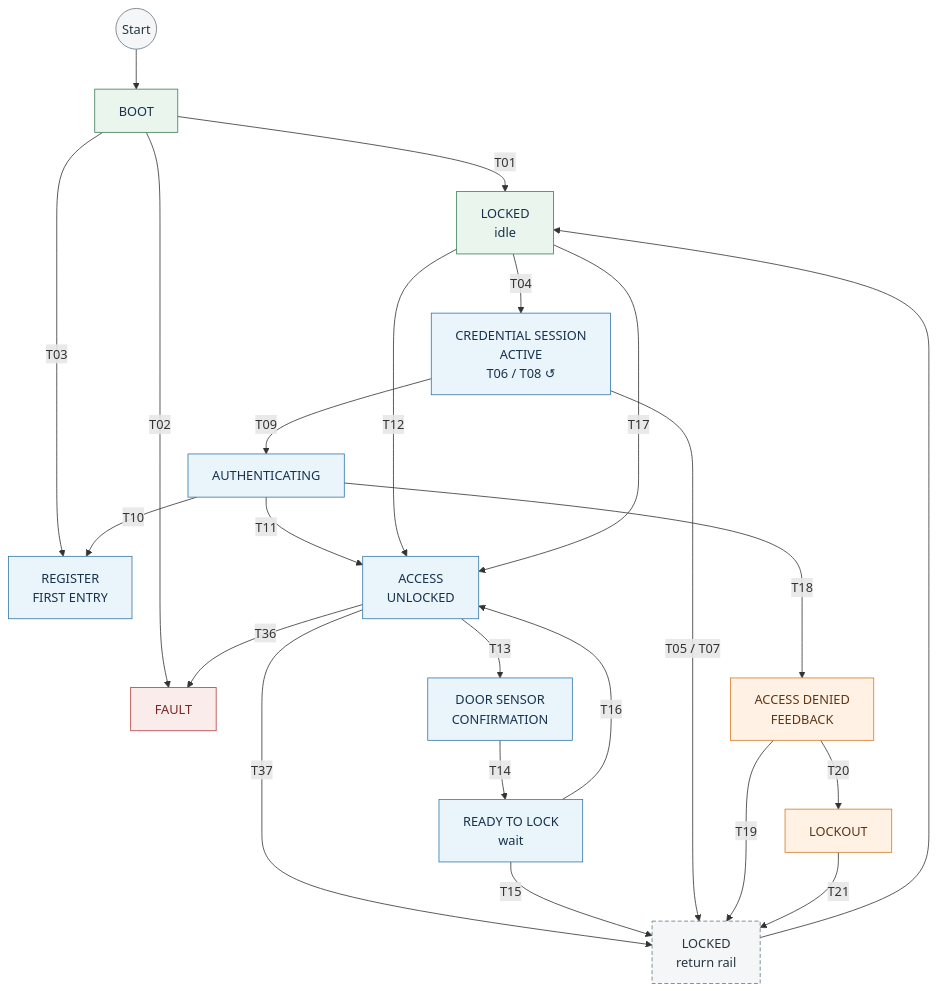
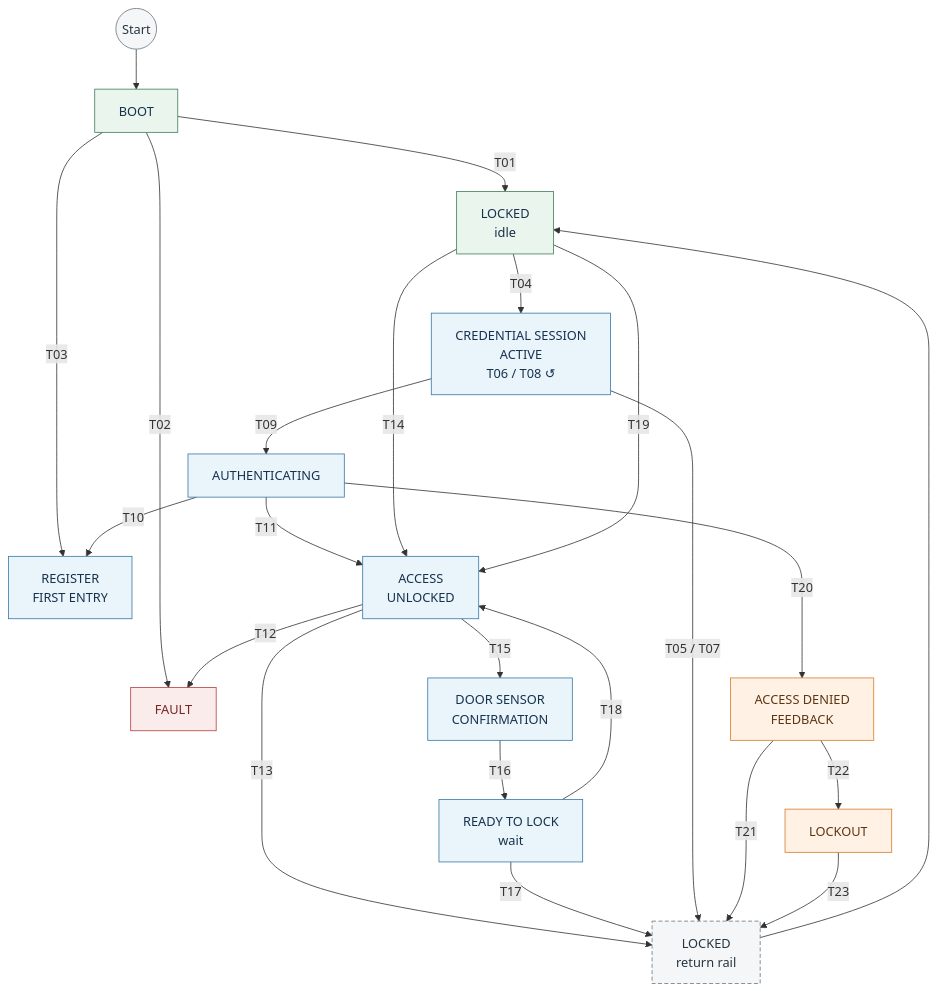
Before and after one commit to JP-REY/STM32F103C8T6-Based-Electronic-Lock: the second of 7 diagrams in Libs/Services/Lock_Control/README.md, drawn with Mermaid. The commit also changed other lines of this file and 2 other files, not shown here.

First line of the commit message:
fix(lock-control): enforce mandatory first-boot credential enrollment

````diff
--- a/Libs/Services/Lock_Control/README.md
+++ b/Libs/Services/Lock_Control/README.md
@@ -497,51 +507,51 @@
 ```mermaid
 flowchart TB
     START((Start)) --> BOOT["BOOT"]
 
     BOOT -->|T01| LOCKED["LOCKED<br/>idle"]
     BOOT -->|T02| FAULT["FAULT"]
     BOOT -->|T03| FIRST["REGISTER<br/>FIRST ENTRY"]
 
     LOCKED -->|T04| ENTRY["CREDENTIAL SESSION<br/>ACTIVE<br/>T06 / T08 ↺"]
     ENTRY -->|T09| AUTH["AUTHENTICATING"]
 
     AUTH -->|T10| FIRST
     AUTH -->|T11| ACCESS["ACCESS<br/>UNLOCKED"]
 
-    LOCKED -->|T12| ACCESS
+    LOCKED -->|T14| ACCESS
 
-    ACCESS -->|T13| CONFIRM["DOOR SENSOR<br/>CONFIRMATION"]
-    ACCESS -->|T36| FAULT
-    ACCESS -->|T37| RETURN["LOCKED<br/>return rail"]
+    ACCESS -->|T15| CONFIRM["DOOR SENSOR<br/>CONFIRMATION"]
+    ACCESS -->|T12| FAULT
+    ACCESS -->|T13| RETURN["LOCKED<br/>return rail"]
 
-    CONFIRM -->|T14| READY["READY TO LOCK<br/>wait"]
+    CONFIRM -->|T16| READY["READY TO LOCK<br/>wait"]
 
-    READY -->|T15| RETURN
-    READY -->|T16| ACCESS
+    READY -->|T17| RETURN
+    READY -->|T18| ACCESS
 
-    LOCKED -->|T17| ACCESS
+    LOCKED -->|T19| ACCESS
 
-    AUTH -->|T18| DENIED["ACCESS DENIED<br/>FEEDBACK"]
+    AUTH -->|T20| DENIED["ACCESS DENIED<br/>FEEDBACK"]
 
     ENTRY -->|"T05 / T07"| RETURN
 
-    DENIED -->|T19| RETURN
-    DENIED -->|T20| LOCKOUT["LOCKOUT"]
-    LOCKOUT -->|T21| RETURN
+    DENIED -->|T21| RETURN
+    DENIED -->|T22| LOCKOUT["LOCKOUT"]
+    LOCKOUT -->|T23| RETURN
 
     RETURN --> LOCKED
 
     classDef initial fill:#f4f6f7,stroke:#667681,color:#263642
     classDef secure fill:#eaf5ed,stroke:#3d7e57,color:#17324d
     classDef active fill:#eaf4fb,stroke:#3478a8,color:#17324d
     classDef denied fill:#fff2e5,stroke:#d77a27,color:#5e3514
     classDef connector fill:#f4f6f7,stroke:#667681,color:#263642,stroke-dasharray: 5 3
     classDef fault fill:#fbecec,stroke:#b54040,color:#7a2525
 
     class START initial
     class BOOT,LOCKED secure
     class ENTRY,AUTH,ACCESS,CONFIRM,READY,FIRST active
     class DENIED,LOCKOUT denied
     class RETURN connector
     class FAULT fault
 ```
````
